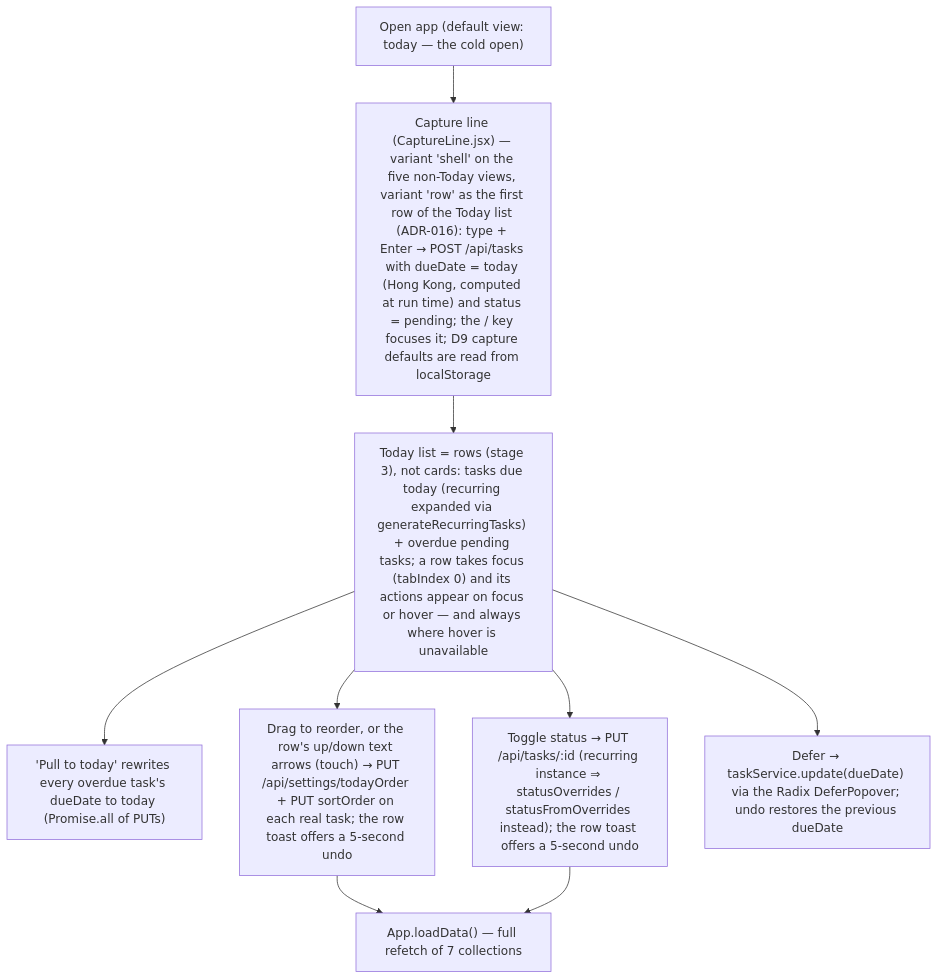
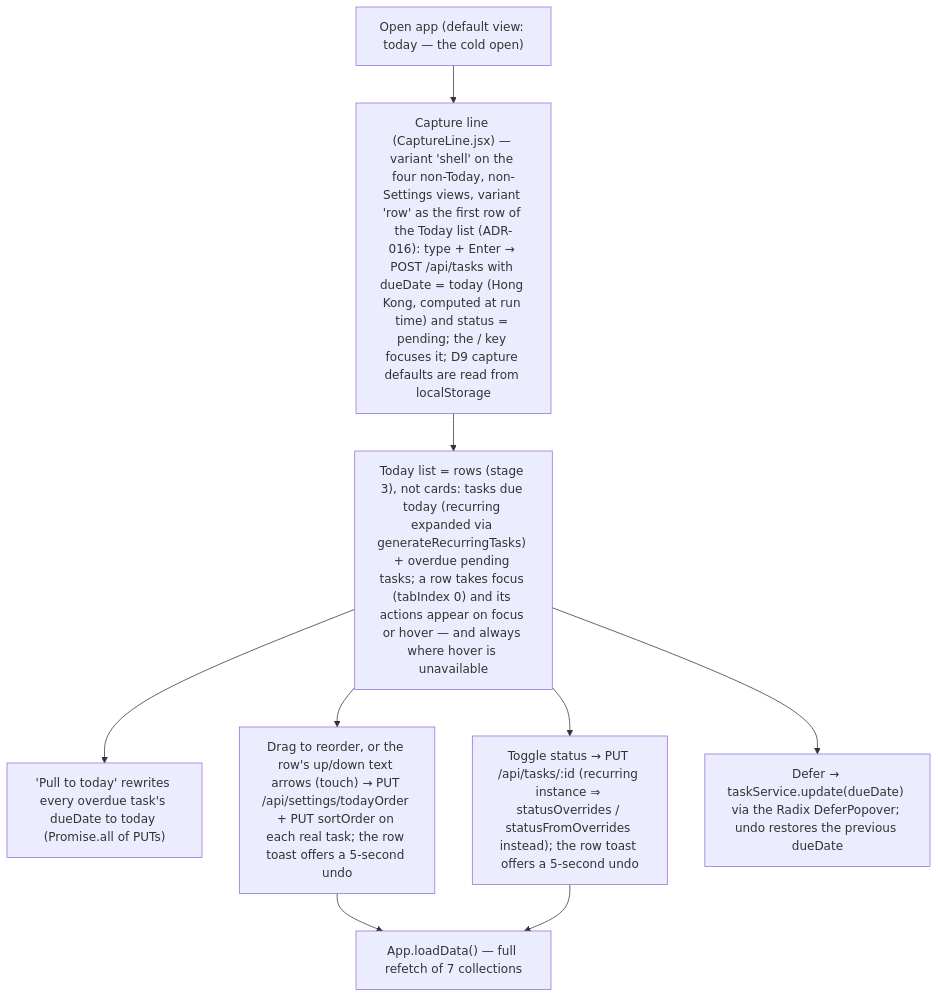
Before and after one commit to lung123w/dayframe: the third of 7 diagrams in .dev_context/ARCHITECTURE.md, drawn with Mermaid. The commit also changed other lines of this file and 3 other files, not shown here.

First line of the commit message:
docs(dev-context): Rule B for view-visibility-configuration (ADR-018, ADR-019)

````diff
--- a/.dev_context/ARCHITECTURE.md
+++ b/.dev_context/ARCHITECTURE.md
@@ -149,11 +153,11 @@
 ```mermaid
 flowchart TD
-    Start["Open app (default view: today — the cold open)"] --> Capture["Capture line (CaptureLine.jsx) — variant 'shell' on the five non-Today views, variant 'row' as the first row of the Today list (ADR-016): type + Enter → POST /api/tasks with dueDate = today (Hong Kong, computed at run time) and status = pending; the / key focuses it; D9 capture defaults are read from localStorage"]
+    Start["Open app (default view: today — the cold open)"] --> Capture["Capture line (CaptureLine.jsx) — variant 'shell' on the four non-Today, non-Settings views, variant 'row' as the first row of the Today list (ADR-016): type + Enter → POST /api/tasks with dueDate = today (Hong Kong, computed at run time) and status = pending; the / key focuses it; D9 capture defaults are read from localStorage"]
     Capture --> List["Today list = rows (stage 3), not cards: tasks due today (recurring expanded via generateRecurringTasks) + overdue pending tasks; a row takes focus (tabIndex 0) and its actions appear on focus or hover — and always where hover is unavailable"]
     List --> Pull["'Pull to today' rewrites every overdue task's dueDate to today (Promise.all of PUTs)"]
     List --> Order["Drag to reorder, or the row's up/down text arrows (touch) → PUT /api/settings/todayOrder + PUT sortOrder on each real task; the row toast offers a 5-second undo"]
     List --> Done["Toggle status → PUT /api/tasks/:id (recurring instance ⇒ statusOverrides / statusFromOverrides instead); the row toast offers a 5-second undo"]
     List --> DeferR["Defer → taskService.update(dueDate) via the Radix DeferPopover; undo restores the previous dueDate"]
     Order --> Reload["App.loadData() — full refetch of 7 collections"]
     Done --> Reload
 ```
````
